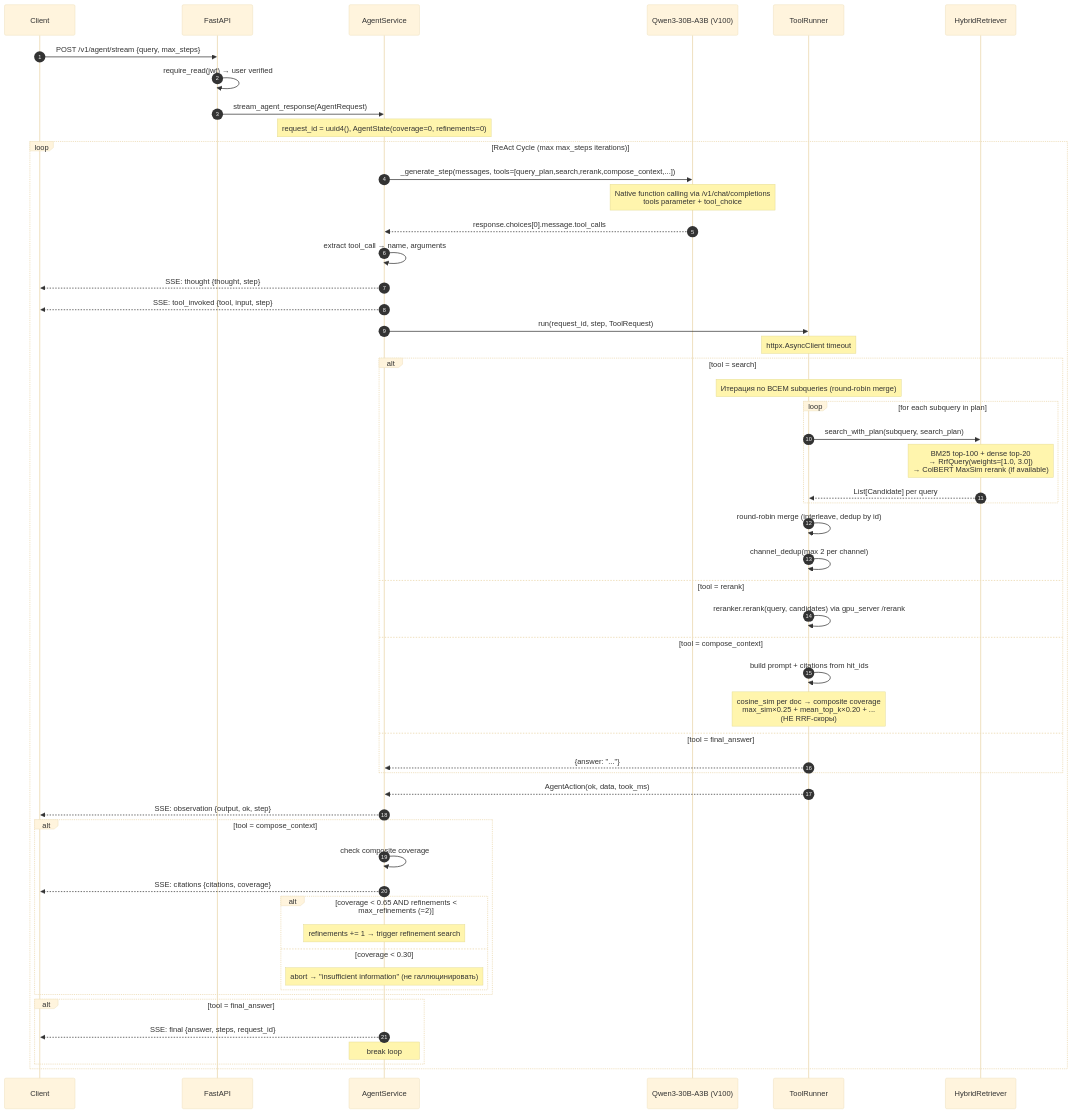
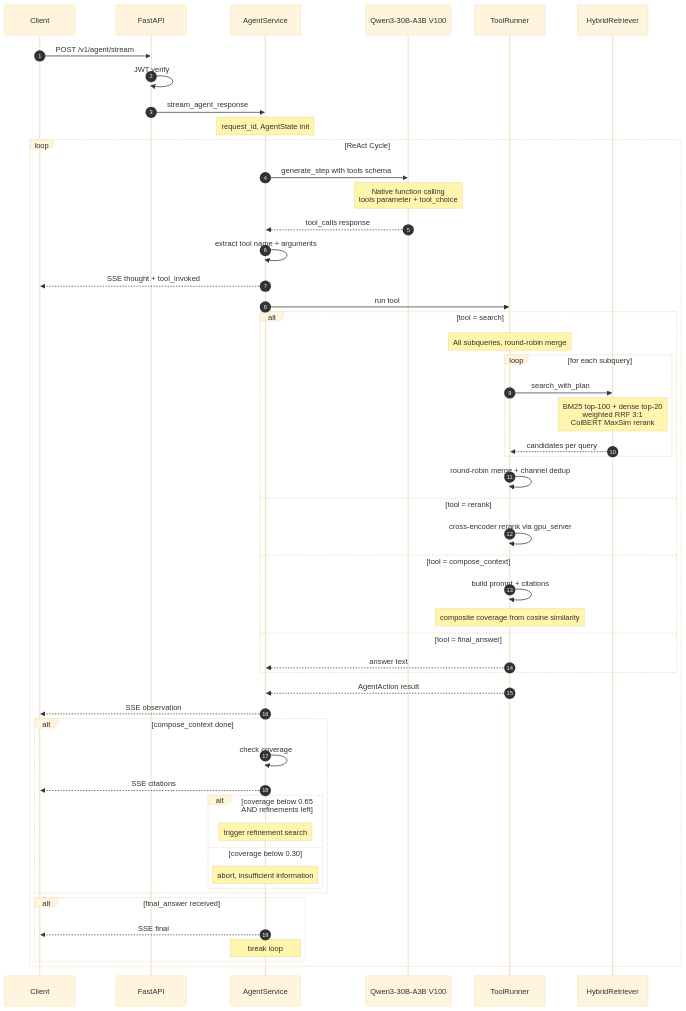
Before and after one commit to ezsx/rag_app: the diagram in docs/architecture/05-flows/FLOW-02-agent.md, drawn with Mermaid (base theme). The commit also changed 4 other files, not shown here.

First line of the commit message:
fix: mermaid diagram syntax in FLOW-01/02/03 + README link to Architecture_ru.md

````diff
--- a/docs/architecture/05-flows/FLOW-02-agent.md
+++ b/docs/architecture/05-flows/FLOW-02-agent.md
@@ -35,66 +35,63 @@
 ```mermaid
 sequenceDiagram
   autonumber
   participant C as Client
   participant API as FastAPI
   participant Agent as AgentService
-  participant LLM as Qwen3-30B-A3B (V100)
+  participant LLM as Qwen3-30B-A3B V100
   participant Tools as ToolRunner
   participant Qdrant as HybridRetriever
 
-  C->>API: POST /v1/agent/stream {query, max_steps}
-  API->>API: require_read(jwt) → user verified
-  API->>Agent: stream_agent_response(AgentRequest)
+  C->>API: POST /v1/agent/stream
+  API->>API: JWT verify
+  API->>Agent: stream_agent_response
 
-  Note over Agent: request_id = uuid4(), AgentState(coverage=0, refinements=0)
+  Note over Agent: request_id, AgentState init
 
-  loop ReAct Cycle (max max_steps iterations)
-    Agent->>LLM: _generate_step(messages, tools=[query_plan,search,rerank,compose_context,...])
-    Note over LLM: Native function calling via /v1/chat/completions<br/>tools parameter + tool_choice
-    LLM-->>Agent: response.choices[0].message.tool_calls
+  loop ReAct Cycle
+    Agent->>LLM: generate_step with tools schema
+    Note over LLM: Native function calling<br/>tools parameter + tool_choice
+    LLM-->>Agent: tool_calls response
 
-    Agent->>Agent: extract tool_call → name, arguments
-    Agent-->>C: SSE: thought {thought, step}
-    Agent-->>C: SSE: tool_invoked {tool, input, step}
+    Agent->>Agent: extract tool name + arguments
+    Agent-->>C: SSE thought + tool_invoked
 
-    Agent->>Tools: run(request_id, step, ToolRequest)
-    Note over Tools: httpx.AsyncClient timeout
+    Agent->>Tools: run tool
 
     alt tool = search
-      Note over Tools: Итерация по ВСЕМ subqueries (round-robin merge)
-      loop for each subquery in plan
-        Tools->>Qdrant: search_with_plan(subquery, search_plan)
-        Note over Qdrant: BM25 top-100 + dense top-20<br/>→ RrfQuery(weights=[1.0, 3.0])<br/>→ ColBERT MaxSim rerank (if available)
-        Qdrant-->>Tools: List[Candidate] per query
+      Note over Tools: All subqueries, round-robin merge
+      loop for each subquery
+        Tools->>Qdrant: search_with_plan
+        Note over Qdrant: BM25 top-100 + dense top-20<br/>weighted RRF 3:1<br/>ColBERT MaxSim rerank
+        Qdrant-->>Tools: candidates per query
       end
-      Tools->>Tools: round-robin merge (interleave, dedup by id)
-      Tools->>Tools: channel_dedup(max 2 per channel)
+      Tools->>Tools: round-robin merge + channel dedup
     else tool = rerank
-      Tools->>Tools: reranker.rerank(query, candidates) via gpu_server /rerank
+      Tools->>Tools: cross-encoder rerank via gpu_server
     else tool = compose_context
-      Tools->>Tools: build prompt + citations from hit_ids
-      Note over Tools: cosine_sim per doc → composite coverage<br/>max_sim×0.25 + mean_top_k×0.20 + ...<br/>(НЕ RRF-скоры)
+      Tools->>Tools: build prompt + citations
+      Note over Tools: composite coverage from cosine similarity
     else tool = final_answer
-      Tools-->>Agent: {answer: "..."}
+      Tools-->>Agent: answer text
     end
 
-    Tools-->>Agent: AgentAction(ok, data, took_ms)
-    Agent-->>C: SSE: observation {output, ok, step}
+    Tools-->>Agent: AgentAction result
+    Agent-->>C: SSE observation
 
-    alt tool = compose_context
-      Agent->>Agent: check composite coverage
-      Agent-->>C: SSE: citations {citations, coverage}
+    alt compose_context done
+      Agent->>Agent: check coverage
+      Agent-->>C: SSE citations
 
-      alt coverage < 0.65 AND refinements < max_refinements (=2)
-        Note over Agent: refinements += 1 → trigger refinement search
-      else coverage < 0.30
-        Note over Agent: abort → "insufficient information" (не галлюцинировать)
+      alt coverage below 0.65 AND refinements left
+        Note over Agent: trigger refinement search
+      else coverage below 0.30
+        Note over Agent: abort, insufficient information
       end
     end
 
-    alt tool = final_answer
-      Agent-->>C: SSE: final {answer, steps, request_id}
+    alt final_answer received
+      Agent-->>C: SSE final
       Note over Agent: break loop
     end
   end
 ```
````
